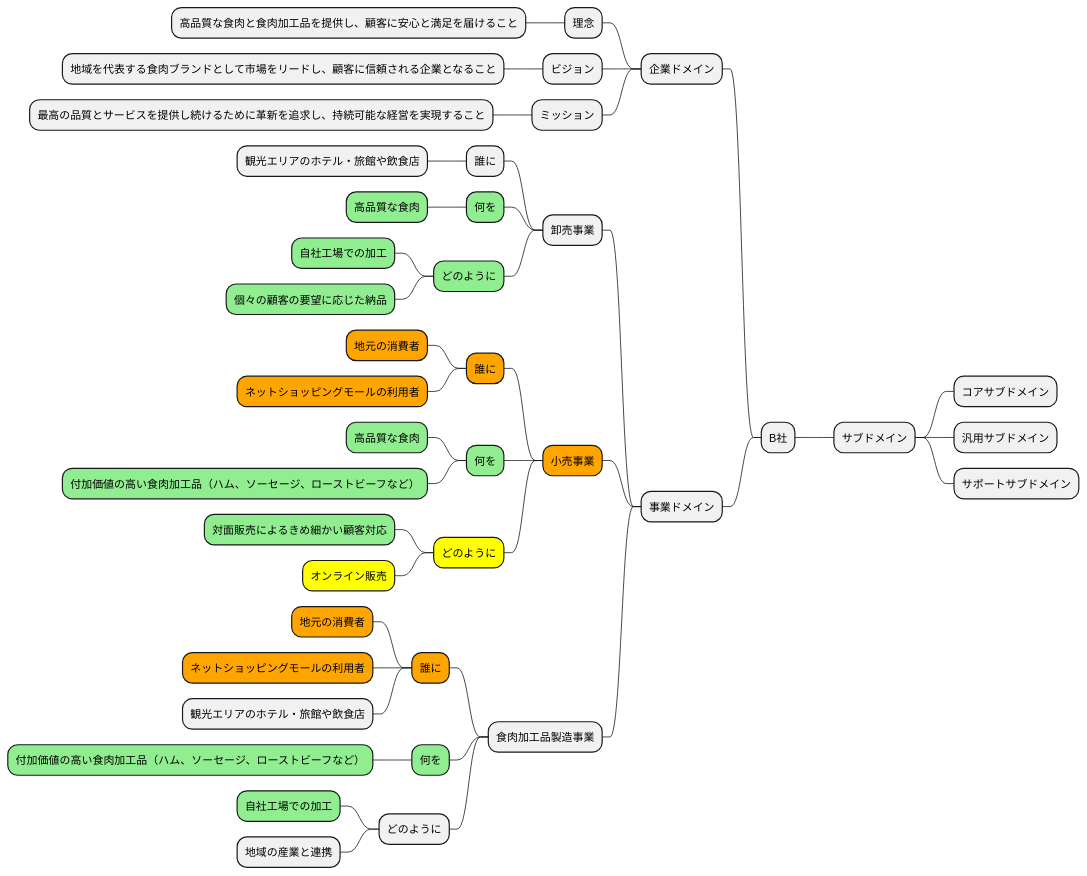
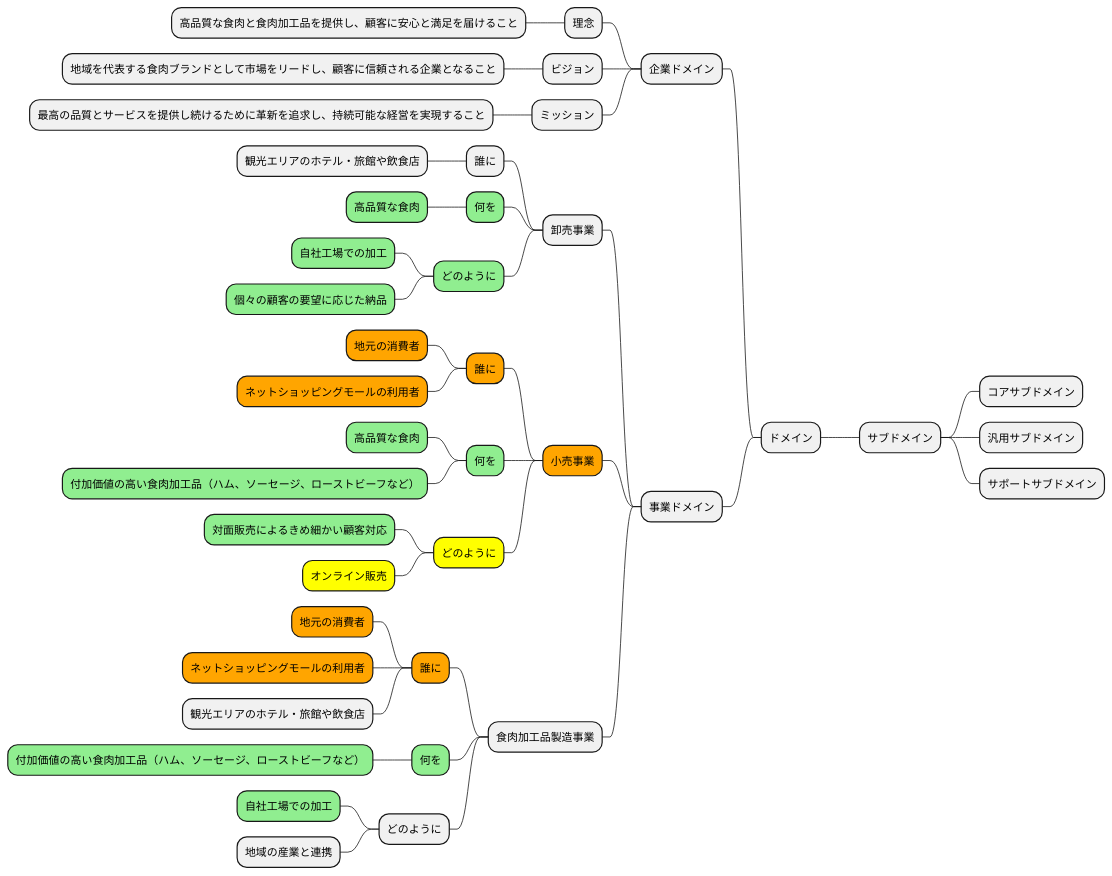
One commit to k2works/case-sutudy-business-analysis changed diagram 12 of 15 in docs/case/r04_case_2.adoc. Above: the diagram before and after it, drawn with PlantUML. The commit also changed 2 other files, not shown here.

Commit message:
docs:R04 事例3

```diff
--- a/docs/case/r04_case_2.adoc
+++ b/docs/case/r04_case_2.adoc
@@ -788,48 +788,48 @@
 [plantuml]
 ----
 @startmindmap
 
-* B社
+* ドメイン
 -- 企業ドメイン
 --- 理念
 ---- 高品質な食肉と食肉加工品を提供し、顧客に安心と満足を届けること
 --- ビジョン
 ---- 地域を代表する食肉ブランドとして市場をリードし、顧客に信頼される企業となること
 --- ミッション
 ---- 最高の品質とサービスを提供し続けるために革新を追求し、持続可能な経営を実現すること
 -- 事業ドメイン
 --- 卸売事業
 ---- 誰に
 ----- 観光エリアのホテル・旅館や飲食店
 ----[#lightgreen] 何を
 -----[#lightgreen] 高品質な食肉
 ----[#lightgreen] どのように
 -----[#lightgreen] 自社工場での加工
 -----[#lightgreen]  個々の顧客の要望に応じた納品
 ---[#orange] 小売事業
 ----[#orange] 誰に
 -----[#orange] 地元の消費者
 -----[#orange] ネットショッピングモールの利用者
 ----[#lightgreen] 何を
 -----[#lightgreen] 高品質な食肉
 -----[#lightgreen]  付加価値の高い食肉加工品（ハム、ソーセージ、ローストビーフなど）
 ----[#yellow] どのように
 -----[#lightgreen]  対面販売によるきめ細かい顧客対応
 -----[#yellow] オンライン販売
 --- 食肉加工品製造事業
 ----[#orange] 誰に
 -----[#orange] 地元の消費者
 -----[#orange] ネットショッピングモールの利用者
 ----- 観光エリアのホテル・旅館や飲食店
 ----[#lightgreen] 何を
 -----[#lightgreen] 付加価値の高い食肉加工品（ハム、ソーセージ、ローストビーフなど）
 ---- どのように
 -----[#lightgreen] 自社工場での加工
 ----- 地域の産業と連携
 ** サブドメイン
 *** コアサブドメイン
 *** 汎用サブドメイン
 *** サポートサブドメイン
 
 @endmindmap
 ----
```
